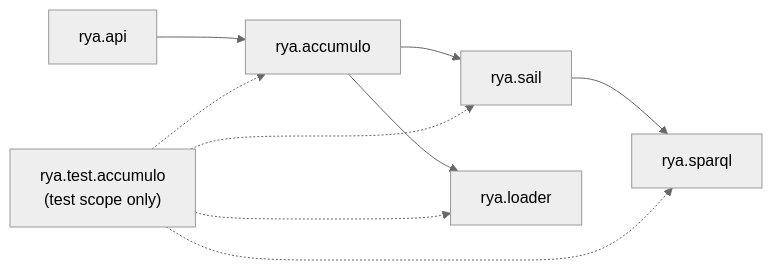
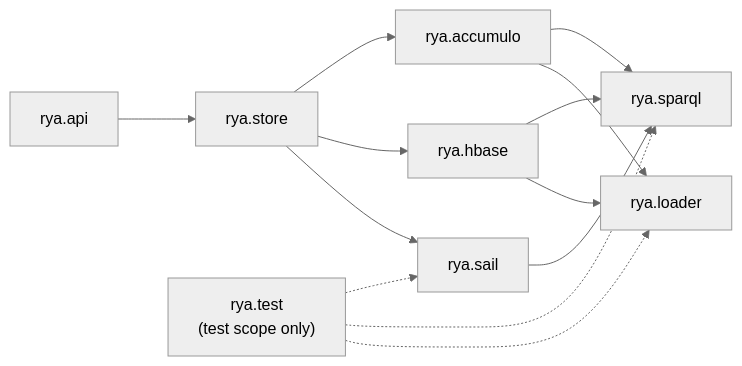
One commit to dgreco/rya-ng changed the fifth of 21 diagrams in ARCH.md. Above: the diagram before and after it, drawn with Mermaid (neutral theme). The commit also changed other lines of this file and 28 other files, not shown here.

````diff
--- a/ARCH.md
+++ b/ARCH.md
@@ -339,11 +339,15 @@
 ```mermaid
 flowchart LR
-    api["rya.api"] --> accumulo["rya.accumulo"]
-    accumulo --> sail["rya.sail"]
+    api["rya.api"] --> store["rya.store"]
+    store --> accumulo["rya.accumulo"]
+    store --> hbase["rya.hbase"]
+    store --> sail["rya.sail"]
     sail --> sparql["rya.sparql"]
+    accumulo --> sparql
+    hbase --> sparql
     accumulo --> loader["rya.loader"]
-    testacc["rya.test.accumulo<br/>(test scope only)"] -.-> accumulo
-    testacc -.-> sail
-    testacc -.-> sparql
-    testacc -.-> loader
+    hbase --> loader
+    test["rya.test<br/>(test scope only)"] -.-> sail
+    test -.-> sparql
+    test -.-> loader
 ```
````
